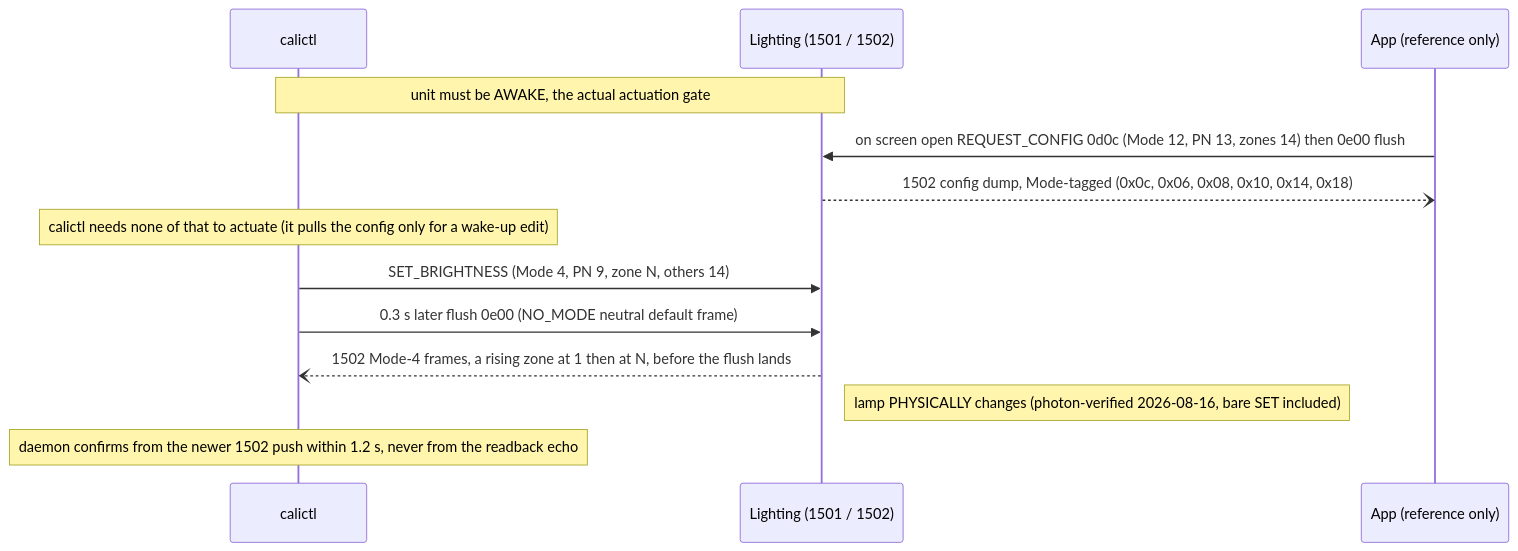
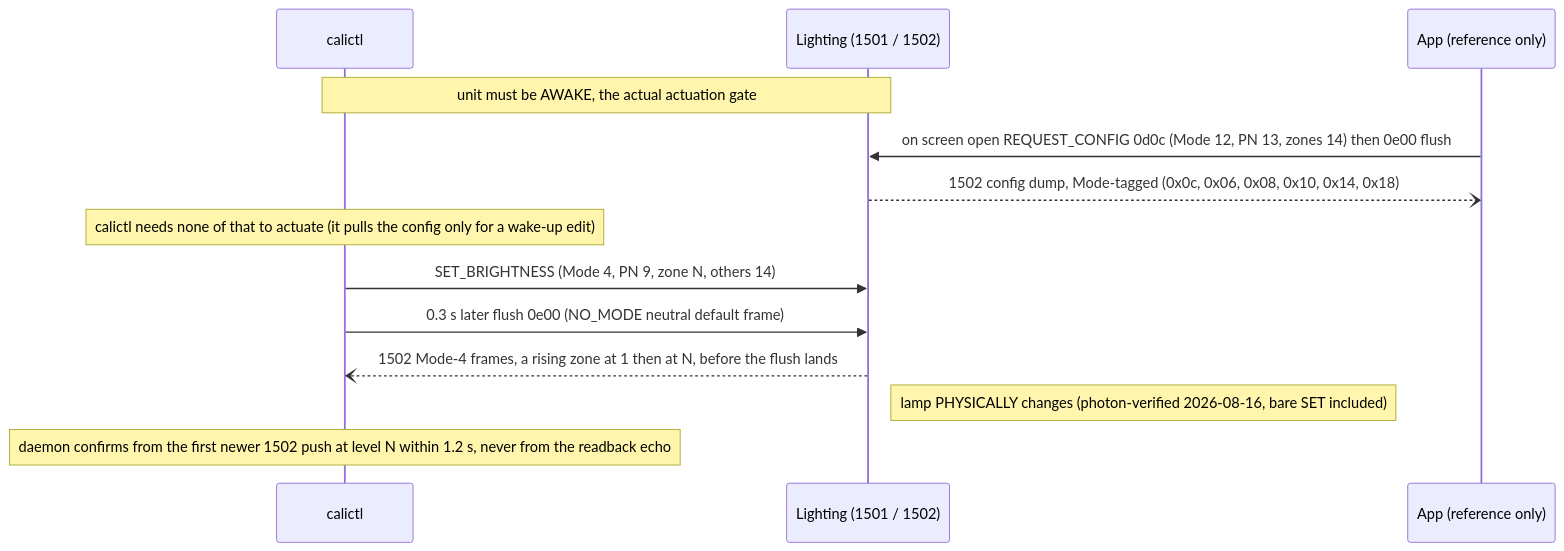
The seventh of 17 diagrams in docs/protocol-sequences.rst (ckeller42/open-california), drawn with Mermaid before and after one commit. The commit also changed other lines of this file and 13 other files, not shown here.

```diff
--- a/docs/protocol-sequences.rst
+++ b/docs/protocol-sequences.rst
@@ -703,15 +710,15 @@
 .. mermaid::
 
     sequenceDiagram
         participant C as calictl
         participant U as Lighting (1501 / 1502)
         participant A as App (reference only)
         Note over C,U: unit must be AWAKE, the actual actuation gate
         A->>U: on screen open REQUEST_CONFIG 0d0c (Mode 12, PN 13, zones 14) then 0e00 flush
         U--)A: 1502 config dump, Mode-tagged (0x0c, 0x06, 0x08, 0x10, 0x14, 0x18)
         Note over C: calictl needs none of that to actuate (it pulls the config only for a wake-up edit)
         C->>U: SET_BRIGHTNESS (Mode 4, PN 9, zone N, others 14)
         C->>U: 0.3 s later flush 0e00 (NO_MODE neutral default frame)
         U--)C: 1502 Mode-4 frames, a rising zone at 1 then at N, before the flush lands
         Note right of U: lamp PHYSICALLY changes (photon-verified 2026-08-16, bare SET included)
-        Note over C: daemon confirms from the newer 1502 push within 1.2 s, never from the readback echo
+        Note over C: daemon confirms from the first newer 1502 push at level N within 1.2 s, never from the readback echo
```
